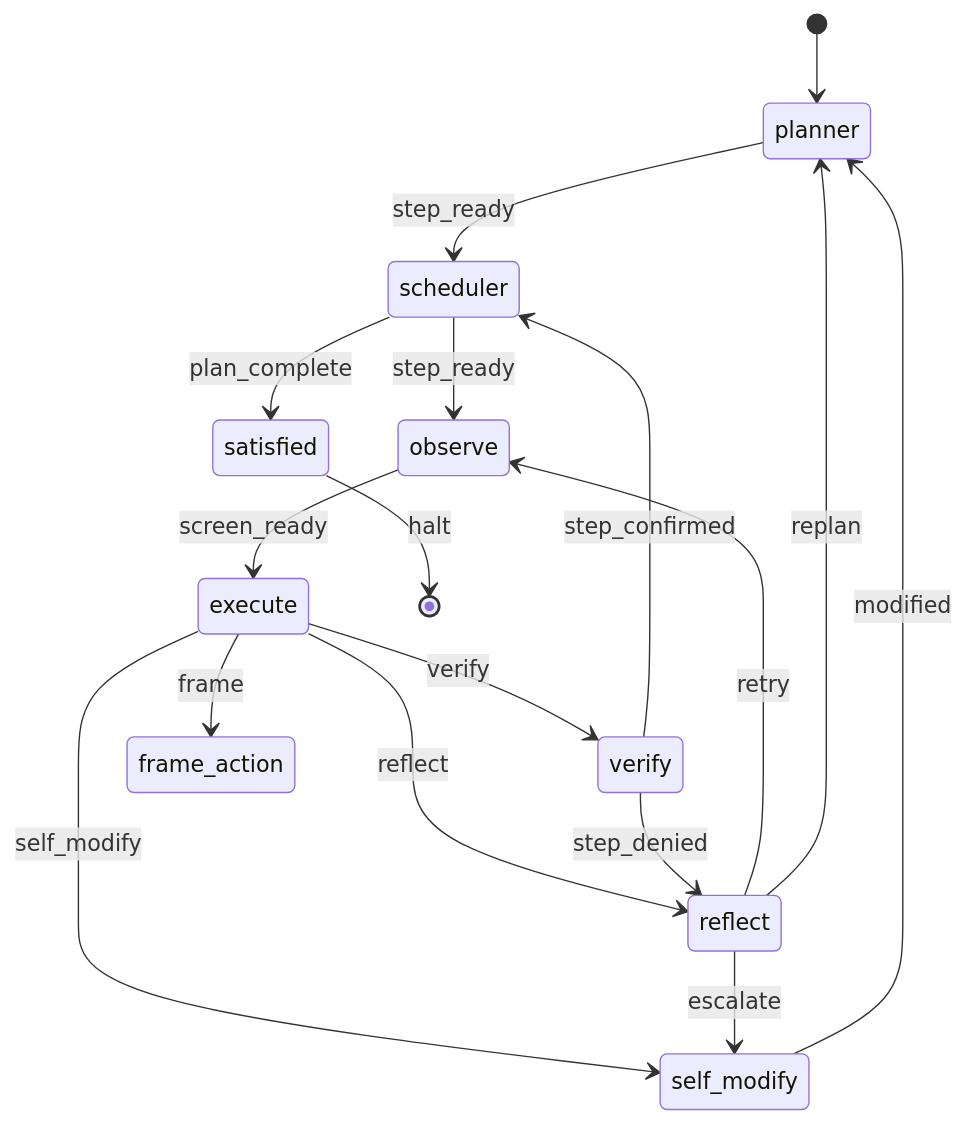
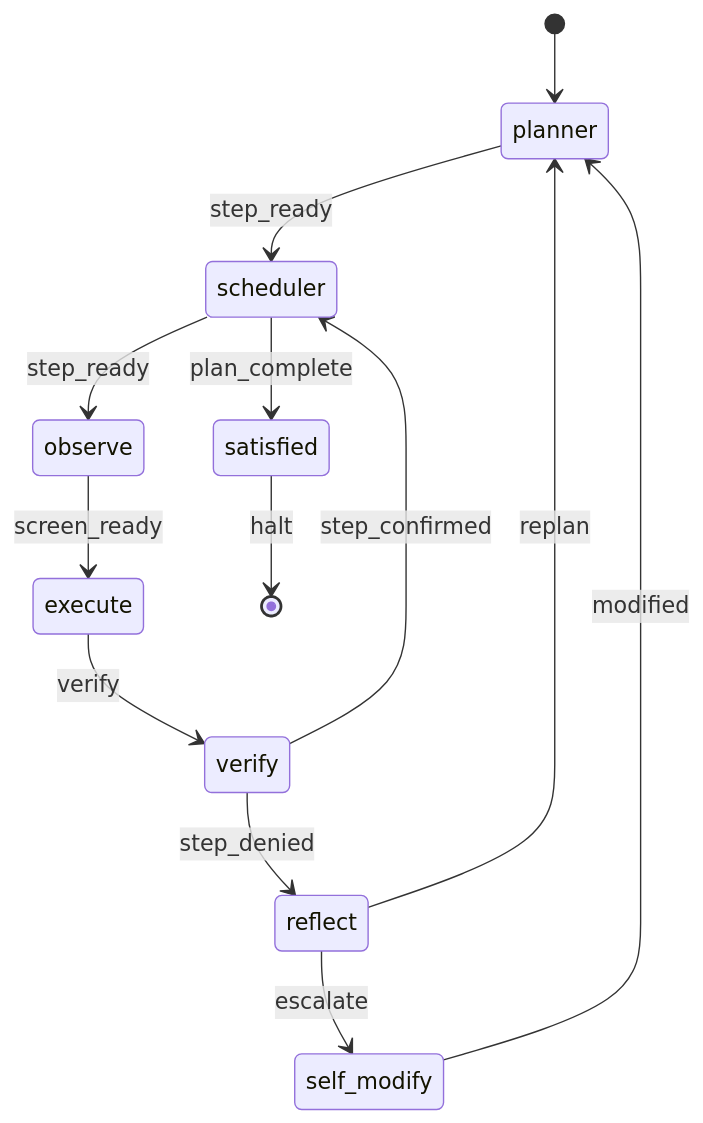
Before and after one commit to wgabrys88/endgame-ai: the third of 5 diagrams in README.md, drawn with Mermaid. The commit also changed other lines of this file, not shown here.

````diff
--- a/README.md
+++ b/README.md
@@ -118,19 +85,15 @@
 ```mermaid
 stateDiagram-v2
     [*] --> planner
     planner --> scheduler: step_ready
     scheduler --> observe: step_ready
     scheduler --> satisfied: plan_complete
     observe --> execute: screen_ready
     execute --> verify: verify
-    execute --> frame_action: frame
-    execute --> reflect: reflect
-    execute --> self_modify: self_modify
     verify --> scheduler: step_confirmed
     verify --> reflect: step_denied
-    reflect --> observe: retry
     reflect --> planner: replan
     reflect --> self_modify: escalate
     self_modify --> planner: modified
     satisfied --> [*]: halt
 ```
````
